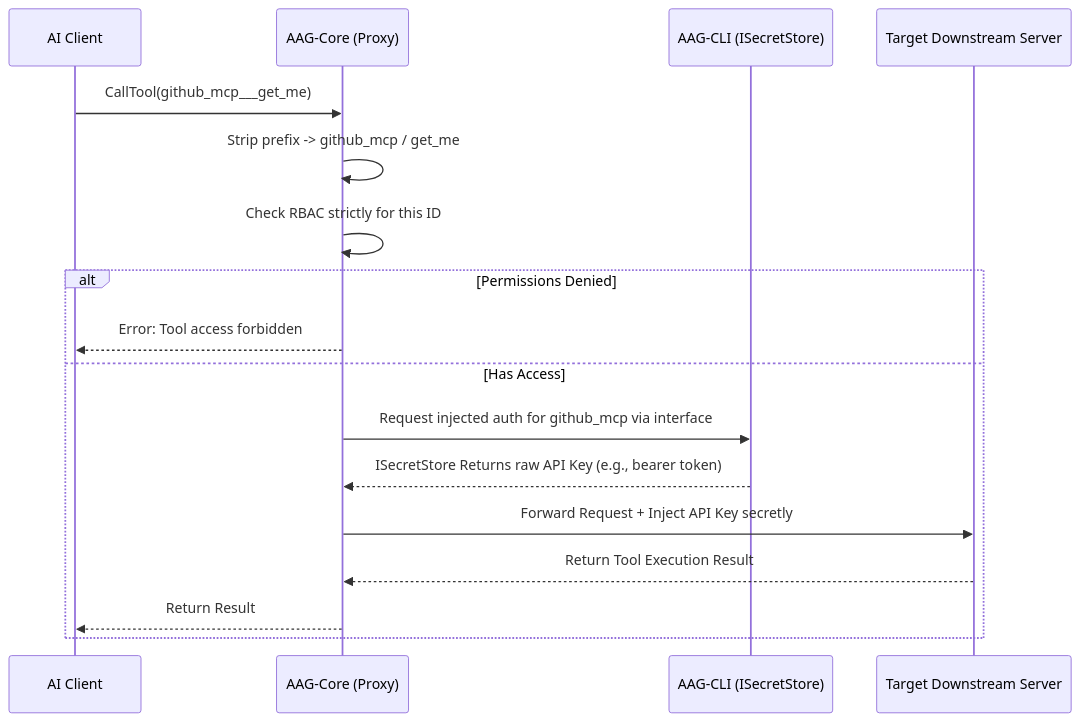
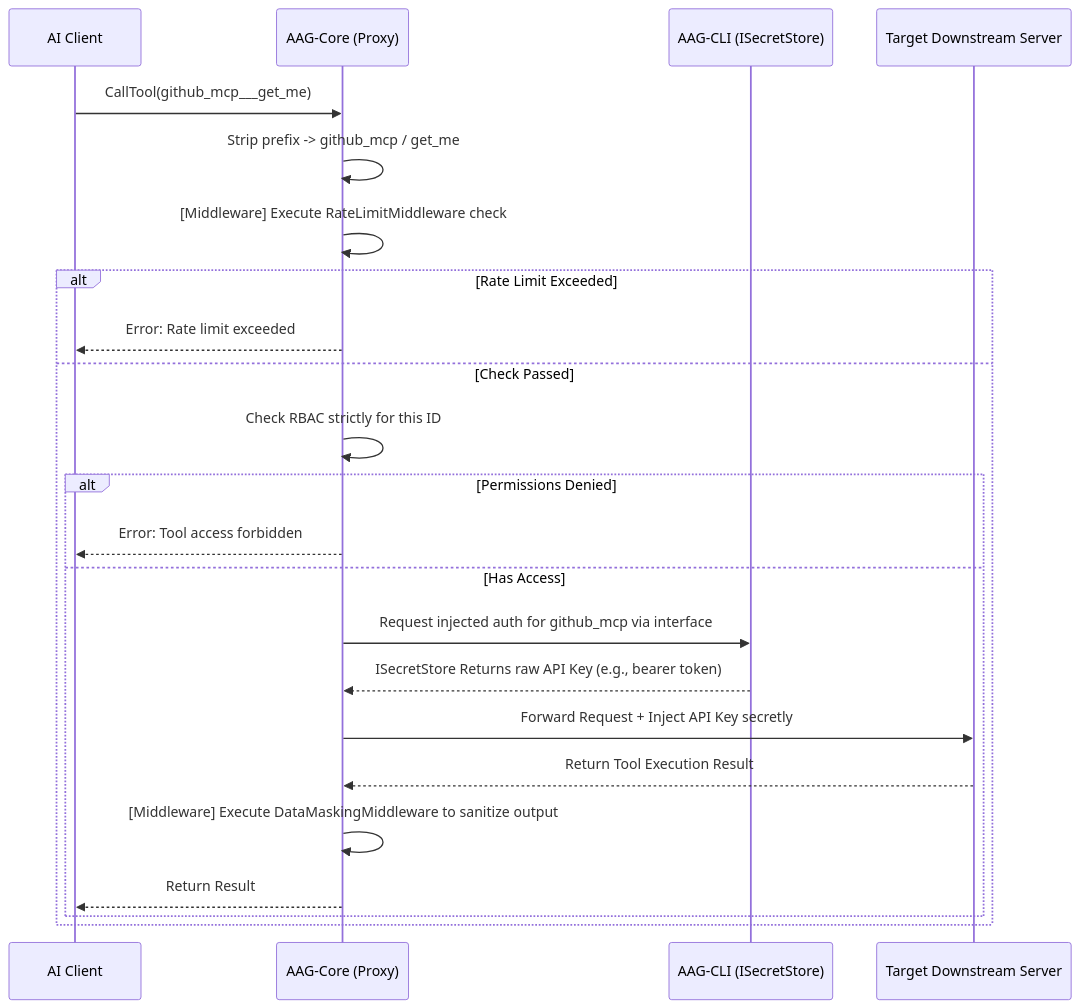
The third of 3 diagrams in ARCHITECTURE.md (Cyber-Sec-Space/ai-auth-gateway), drawn with Mermaid before and after one commit. The commit also changed other lines of this file and 9 other files, not shown here.

Commit message:
release: v1.0.8 - Integrated Rate Limiting and Data Masking

````diff
--- a/ARCHITECTURE.md
+++ b/ARCHITECTURE.md
@@ -111,20 +117,26 @@
 ```mermaid
 sequenceDiagram
     participant AI as AI Client
     participant Core as AAG-Core (Proxy)
     participant KV as AAG-CLI (ISecretStore)
     participant MCP as Target Downstream Server
 
     AI->>Core: CallTool(github_mcp___get_me)
     Core->>Core: Strip prefix -> github_mcp / get_me
-    Core->>Core: Check RBAC strictly for this ID
-    alt Permissions Denied
-        Core-->>AI: Error: Tool access forbidden
-    else Has Access
-        Core->>KV: Request injected auth for github_mcp via interface
-        KV-->>Core: ISecretStore Returns raw API Key (e.g., bearer token)
-        Core->>MCP: Forward Request + Inject API Key secretly
-        MCP-->>Core: Return Tool Execution Result
-        Core-->>AI: Return Result
+    Core->>Core: [Middleware] Execute RateLimitMiddleware check
+    alt Rate Limit Exceeded
+        Core-->>AI: Error: Rate limit exceeded
+    else Check Passed
+        Core->>Core: Check RBAC strictly for this ID
+        alt Permissions Denied
+            Core-->>AI: Error: Tool access forbidden
+        else Has Access
+            Core->>KV: Request injected auth for github_mcp via interface
+            KV-->>Core: ISecretStore Returns raw API Key (e.g., bearer token)
+            Core->>MCP: Forward Request + Inject API Key secretly
+            MCP-->>Core: Return Tool Execution Result
+            Core->>Core: [Middleware] Execute DataMaskingMiddleware to sanitize output
+            Core-->>AI: Return Result
+        end
     end
 ```
````
